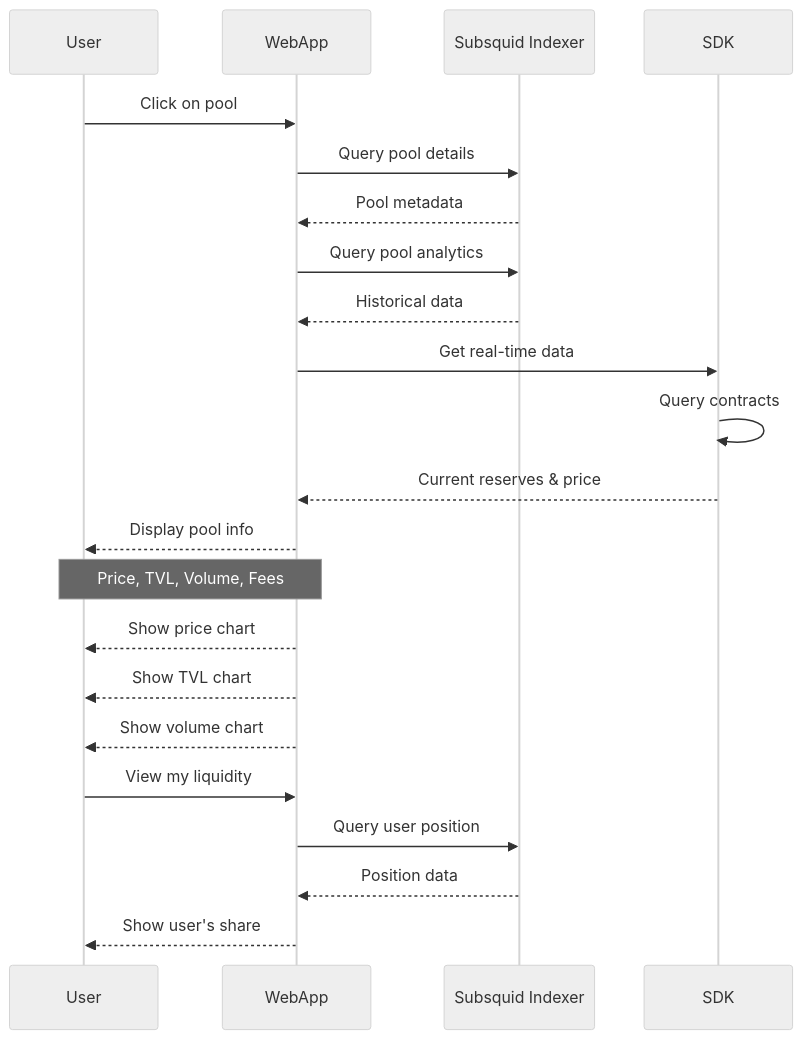
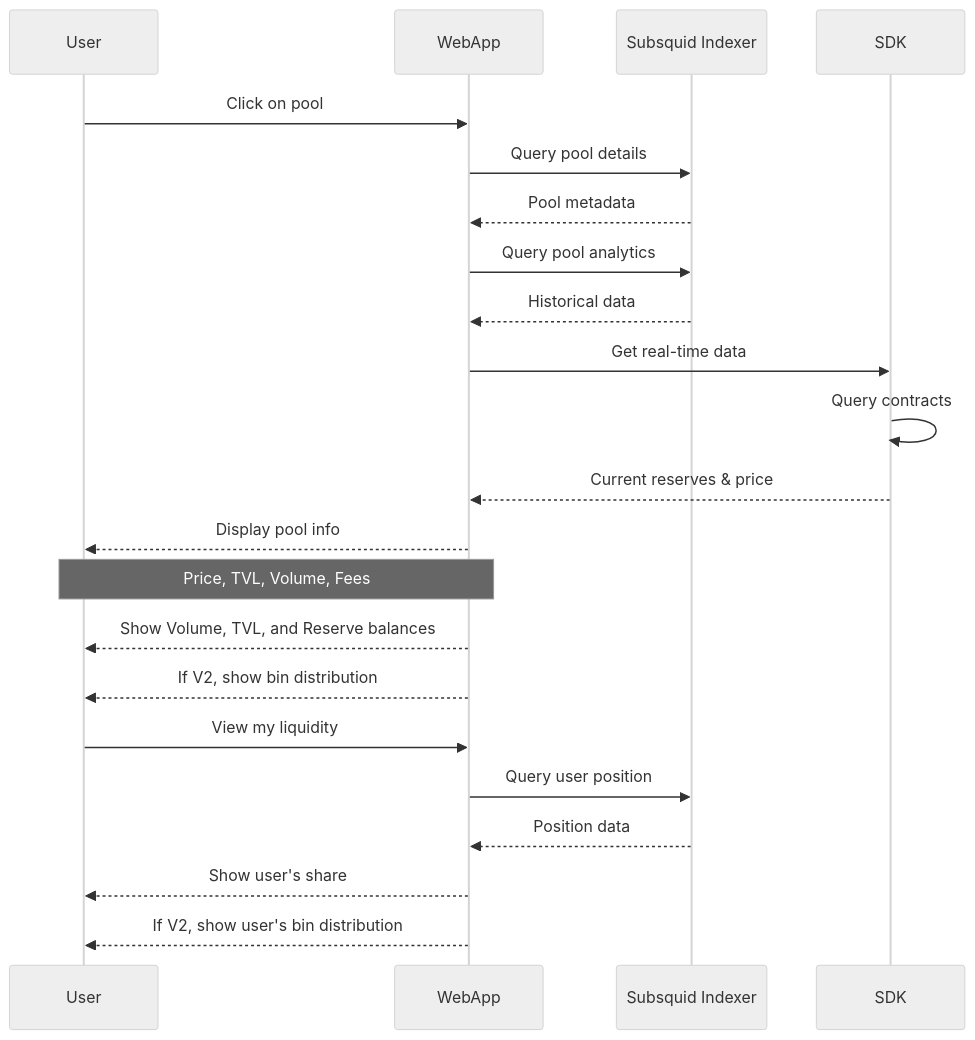
One commit to mira-amm/mira-amm-web changed the eighth of 8 diagrams in docs/sequences.md. Above: the diagram before and after it, drawn with Mermaid (neutral theme). The commit also changed other lines of this file, not shown here.

Commit message:
docs(arch): Slight corrections to sequence diagrams for V2

````diff
--- a/docs/sequences.md
+++ b/docs/sequences.md
@@ -303,30 +302,32 @@
 ```mermaid
 sequenceDiagram
     participant User
     participant WebApp
     participant Subsquid as Subsquid Indexer
     participant SDK
-    
+
     User->>WebApp: Click on pool
     WebApp->>Subsquid: Query pool details
     Subsquid-->>WebApp: Pool metadata
-    
+
     WebApp->>Subsquid: Query pool analytics
     Subsquid-->>WebApp: Historical data
-    
+
     WebApp->>SDK: Get real-time data
     SDK->>SDK: Query contracts
     SDK-->>WebApp: Current reserves & price
-    
+
     WebApp-->>User: Display pool info
     Note over WebApp,User: Price, TVL, Volume, Fees
-    
-    WebApp-->>User: Show price chart
-    WebApp-->>User: Show TVL chart
-    WebApp-->>User: Show volume chart
-    
+
+    WebApp-->>User: Show Volume, TVL, and Reserve balances
+    WebApp-->>User: If V2, show bin distribution
+
+
     User->>WebApp: View my liquidity
     WebApp->>Subsquid: Query user position
     Subsquid-->>WebApp: Position data
     WebApp-->>User: Show user's share
+    WebApp-->>User: If V2, show user's bin distribution
+
 ```
````
